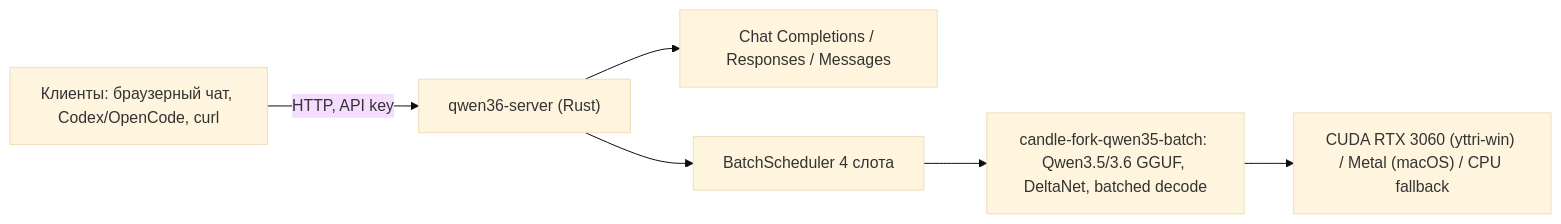
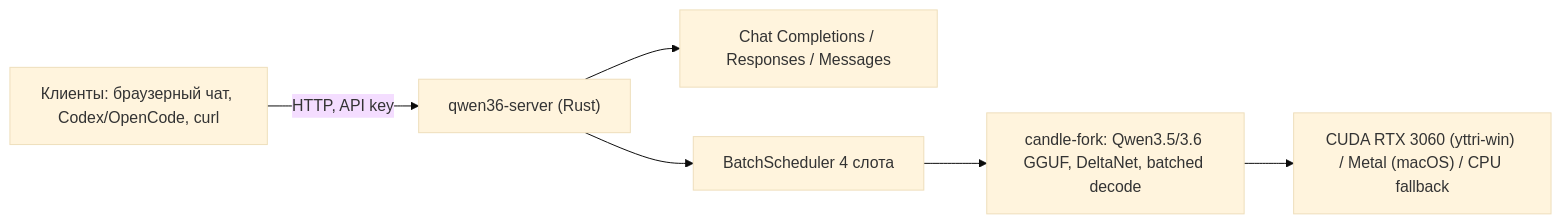
One commit to askidmobile/qwen36-server changed the diagram in docs/brief/PROJECT-BRIEF.md. Above: the diagram before and after it, drawn with Mermaid (base theme). The commit also changed other lines of this file and 25 other files, not shown here.

````diff
--- a/docs/brief/PROJECT-BRIEF.md
+++ b/docs/brief/PROJECT-BRIEF.md
@@ -27,8 +27,8 @@
 ```mermaid
 flowchart LR
   Clients["Клиенты: браузерный чат, Codex/OpenCode, curl"] -->|"HTTP, API key"| Server["qwen36-server (Rust)"]
   Server --> Engines["Chat Completions / Responses / Messages"]
   Server --> Sched["BatchScheduler 4 слота"]
-  Sched --> Candle["candle-fork-qwen35-batch: Qwen3.5/3.6 GGUF, DeltaNet, batched decode"]
+  Sched --> Candle["candle-fork: Qwen3.5/3.6 GGUF, DeltaNet, batched decode"]
   Candle --> GPU["CUDA RTX 3060 (yttri-win) / Metal (macOS) / CPU fallback"]
 ```
````
